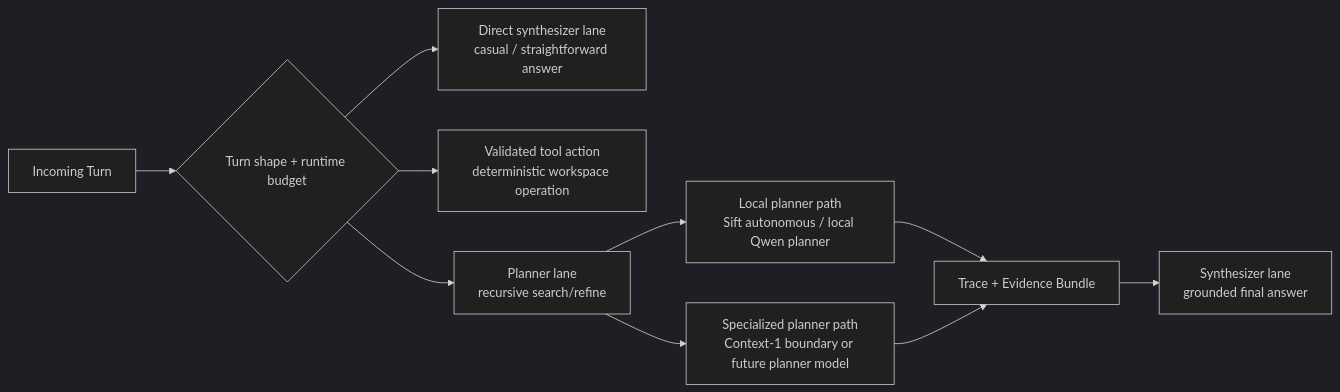
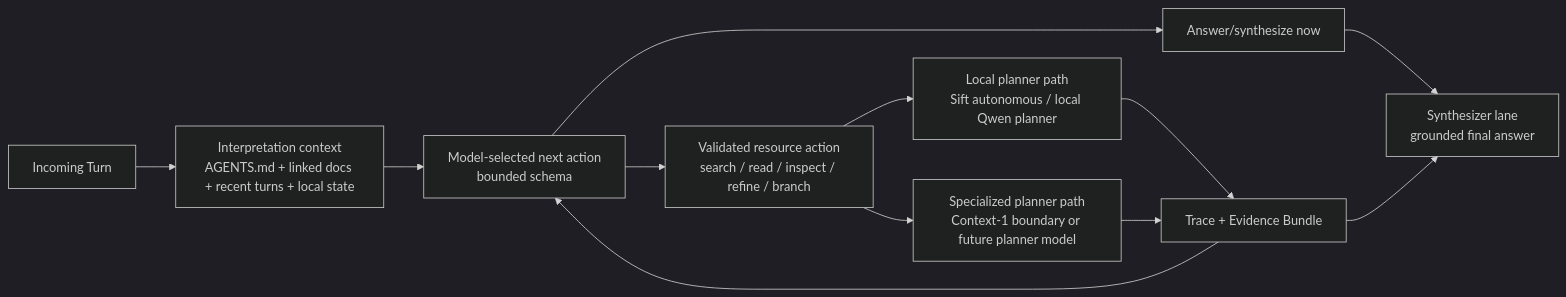
Before and after one commit to spoke-sh/paddles: the second of 3 diagrams in README.md, drawn with Mermaid (dark theme). The commit also changed other lines of this file and 17 other files, not shown here.

````diff
--- a/README.md
+++ b/README.md
@@ -43,20 +44,20 @@
 ```mermaid
 flowchart LR
     Turn["Incoming Turn"]
-    Gate{"Turn shape + runtime budget"}
-    Direct["Direct synthesizer lane<br/>casual / straightforward answer"]
-    Tools["Validated tool action<br/>deterministic workspace operation"]
-    Planner["Planner lane<br/>recursive search/refine"]
+    Interpret["Interpretation context<br/>AGENTS.md + linked docs + recent turns + local state"]
+    Decide["Model-selected next action<br/>bounded schema"]
+    Direct["Answer/synthesize now"]
+    Resource["Validated resource action<br/>search / read / inspect / refine / branch"]
     LocalPlanner["Local planner path<br/>Sift autonomous / local Qwen planner"]
     HeavyPlanner["Specialized planner path<br/>Context-1 boundary or future planner model"]
     Evidence["Trace + Evidence Bundle"]
     Synth["Synthesizer lane<br/>grounded final answer"]
 
-    Turn --> Gate
-    Gate --> Direct
-    Gate --> Tools
-    Gate --> Planner
-    Planner --> LocalPlanner --> Evidence
-    Planner --> HeavyPlanner --> Evidence
+    Turn --> Interpret --> Decide
+    Decide --> Direct --> Synth
+    Decide --> Resource
+    Resource --> LocalPlanner --> Evidence
+    Resource --> HeavyPlanner --> Evidence
+    Evidence --> Decide
     Evidence --> Synth
 ```
````
